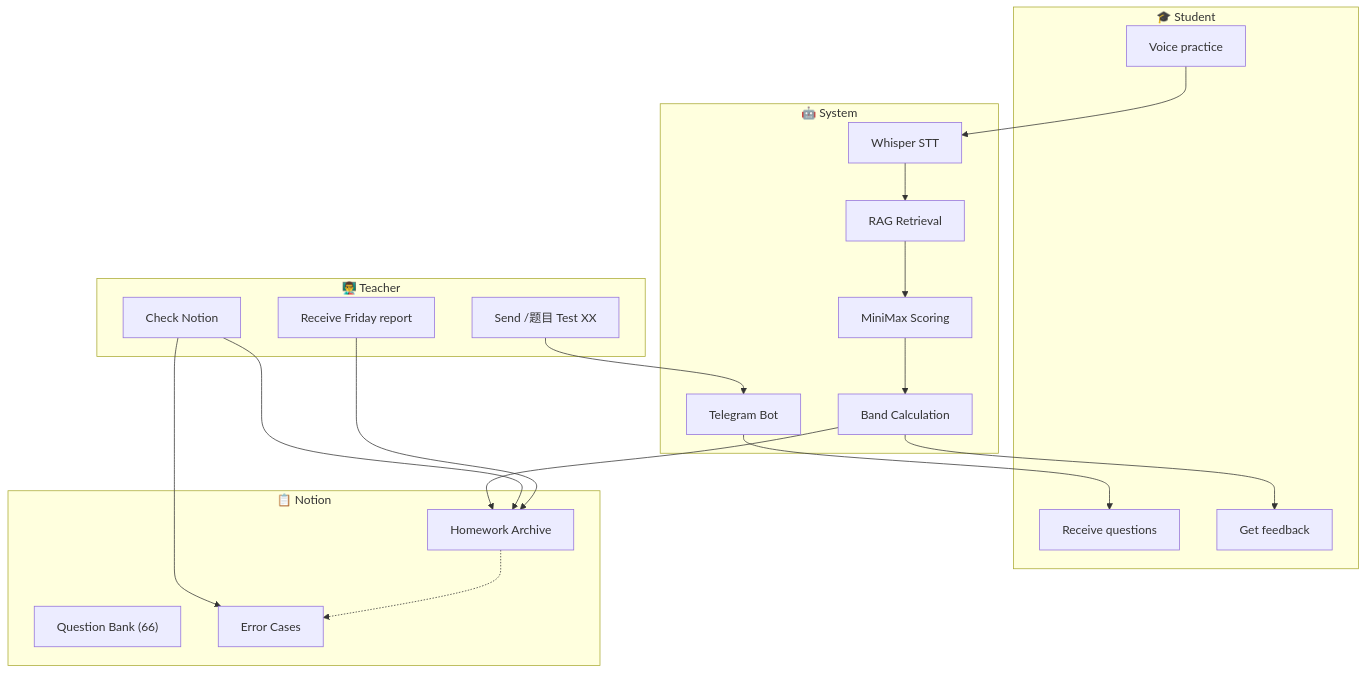
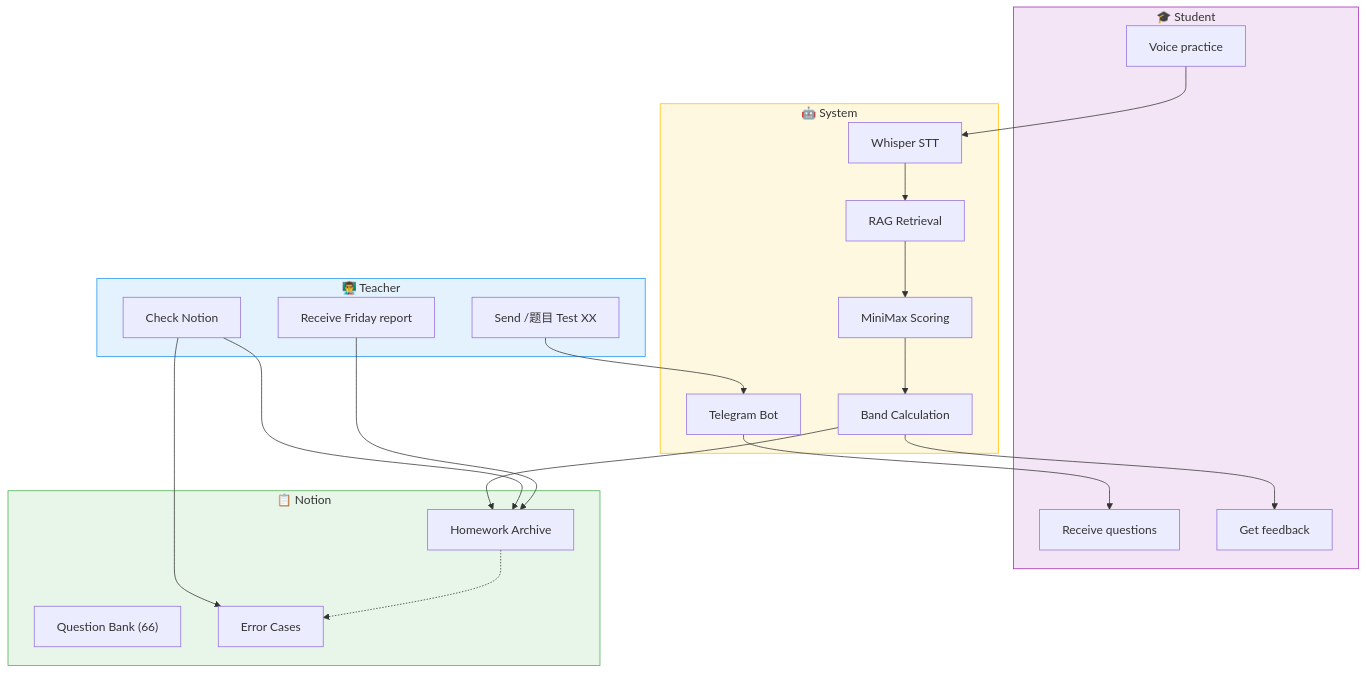
One commit to KaichenCurry/ielts-speaking-ai changed the third of 11 diagrams in README_en.md. Above: the diagram before and after it, drawn with Mermaid. The commit also changed other lines of this file and 1 other file, not shown here.

First line of the commit message:
Convert all ASCII diagrams to Mermaid flowcharts

````diff
--- a/README_en.md
+++ b/README_en.md
@@ -90,41 +86,46 @@
 ```mermaid
 flowchart TD
     subgraph Teacher["👨‍🏫 Teacher"]
-        A1["Send /题目 Test XX"]
-        A2["Check Notion"]
-        A3["Receive Friday report"]
+        T1["Send /题目 Test XX"]
+        T2["Check Notion"]
+        T3["Receive Friday report"]
     end
 
     subgraph System["🤖 System"]
-        B1["Telegram Bot"]
-        B2["Whisper STT"]
-        B3["RAG Retrieval"]
-        B4["MiniMax Scoring"]
-        B5["Band Calculation"]
+        S1["Telegram Bot"]
+        S2["Whisper STT"]
+        S3["RAG Retrieval"]
+        S4["MiniMax Scoring"]
+        S5["Band Calculation"]
     end
 
     subgraph Student["🎓 Student"]
-        C1["Receive questions"]
-        C2["Voice practice"]
-        C3["Get feedback"]
+        Sd1["Receive questions"]
+        Sd2["Voice practice"]
+        Sd3["Get feedback"]
     end
 
     subgraph Storage["📋 Notion"]
-        D1["Question Bank (66)"]
-        D2["Homework Archive"]
-        D3["Error Cases"]
+        DB1["Question Bank (66)"]
+        DB2["Homework Archive"]
+        DB3["Error Cases"]
     end
 
-    A1 --> B1
-    B1 --> C1
-    C2 --> B2
-    B2 --> B3
-    B3 --> B4
-    B4 --> B5
-    B5 --> C3
-    B5 --> D2
-    A2 --> D2
-    A2 --> D3
-    A3 --> D2
-    D2 -.-> D3
+    T1 --> S1
+    S1 --> Sd1
+    Sd2 --> S2
+    S2 --> S3
+    S3 --> S4
+    S4 --> S5
+    S5 --> Sd3
+    S5 --> DB2
+    T2 --> DB2
+    T2 --> DB3
+    T3 --> DB2
+    DB2 -.-> DB3
+
+    style Teacher fill:#e3f2fd,stroke:#2196f3
+    style System fill:#fff8e1,stroke:#ffc107
+    style Student fill:#f3e5f5,stroke:#9c27b0
+    style Storage fill:#e8f5e9,stroke:#4caf50
 ```
````
